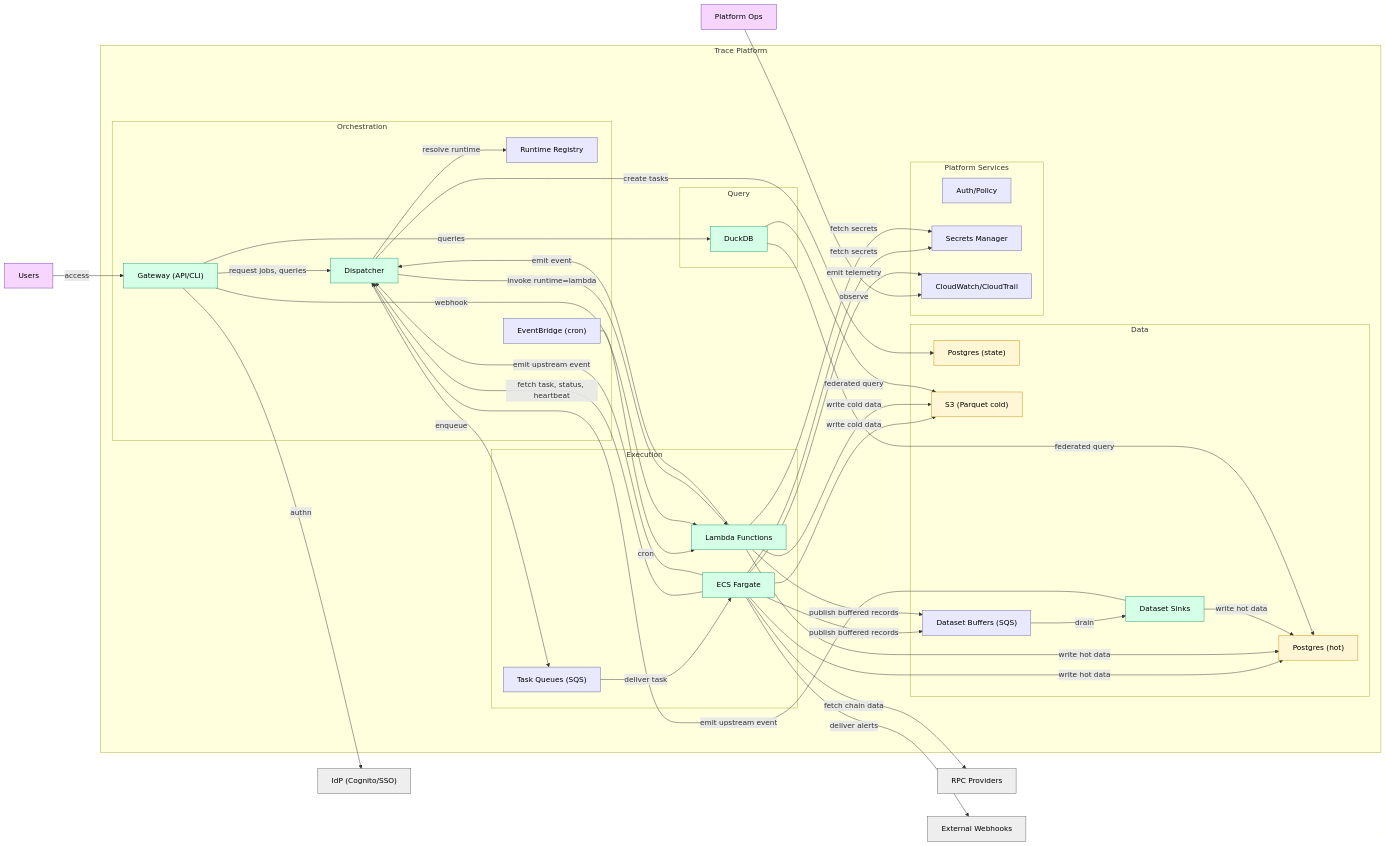
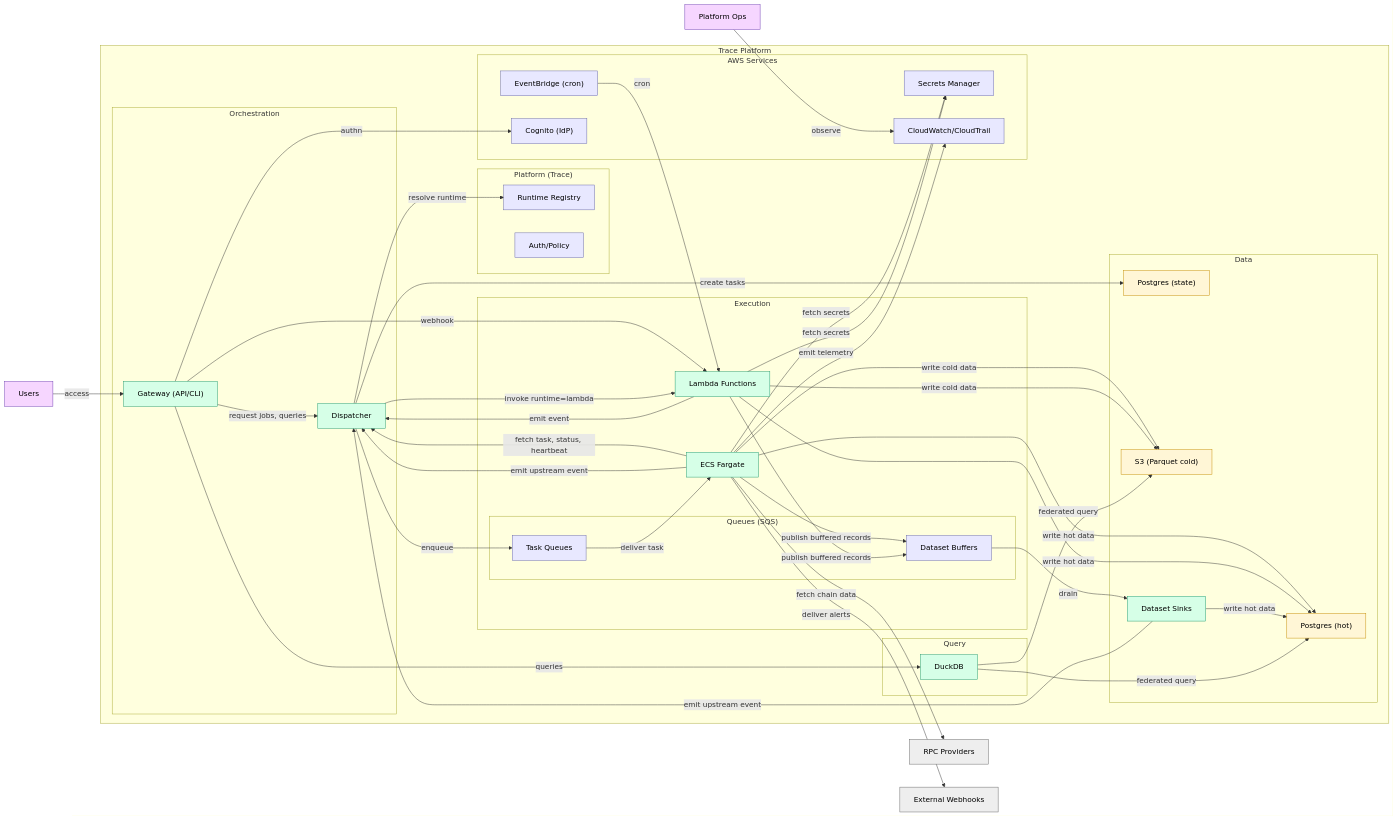
One commit to c7121/trace changed the second of 6 diagrams in docs/readme.md. Above: the diagram before and after it, drawn with Mermaid.

Commit message:
diagram grouping

```diff
--- a/docs/readme.md
+++ b/docs/readme.md
@@ -110,11 +110,12 @@
         subgraph Orchestration["Orchestration"]
             gateway["Gateway (API/CLI)"]:::container
             dispatcher["Dispatcher"]:::container
-            registry["Runtime Registry"]:::infra
-            eventbridge["EventBridge (cron)"]:::infra
         end
         subgraph Execution["Execution"]
-            task_sqs["Task Queues (SQS)"]:::infra
+            subgraph Queues["Queues (SQS)"]
+                task_sqs["Task Queues"]:::infra
+                buffers["Dataset Buffers"]:::infra
+            end
             ecs_workers["ECS Fargate"]:::container
             lambda["Lambda Functions"]:::container
         end
@@ -122,22 +123,25 @@
             postgres_state["Postgres (state)"]:::database
             postgres_hot["Postgres (hot)"]:::database
             s3["S3 (Parquet cold)"]:::database
-            buffers["Dataset Buffers (SQS)"]:::infra
             sinks["Dataset Sinks"]:::container
         end
         subgraph Query["Query"]
             duckdb["DuckDB"]:::container
         end
-        subgraph Platform["Platform Services"]
+        subgraph TracePlatform["Platform (Trace)"]
+            registry["Runtime Registry"]:::infra
             platformAuth["Auth/Policy"]:::infra
+        end
+        subgraph AWSServices["AWS Services"]
+            eventbridge["EventBridge (cron)"]:::infra
             platformSec["Secrets Manager"]:::infra
             platformObs["CloudWatch/CloudTrail"]:::infra
+            idp["Cognito (IdP)"]:::infra
         end
     end
 
     users["Users"]:::person
     ops["Platform Ops"]:::person
-    idp["IdP (Cognito/SSO)"]:::ext
     rpc["RPC Providers"]:::ext
     webhooks["External Webhooks"]:::ext
 
```
